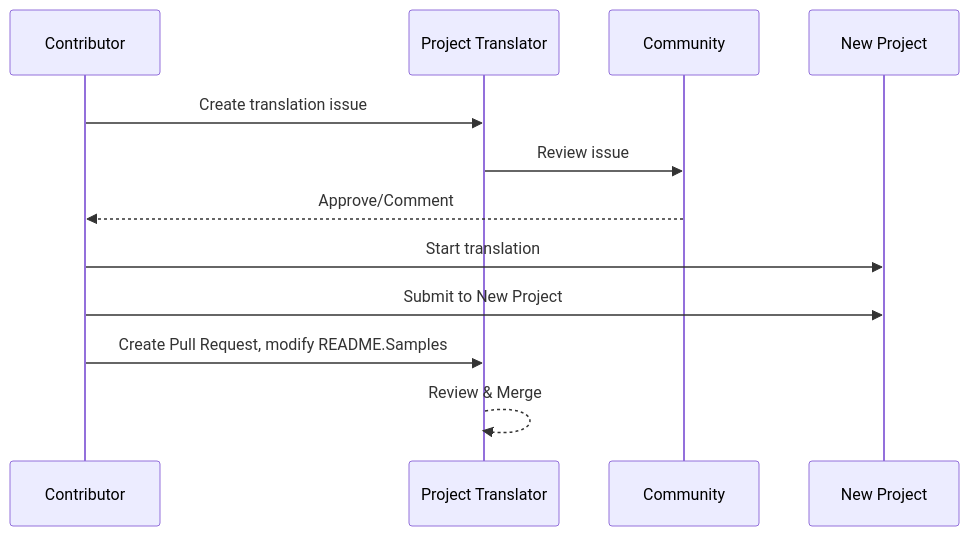
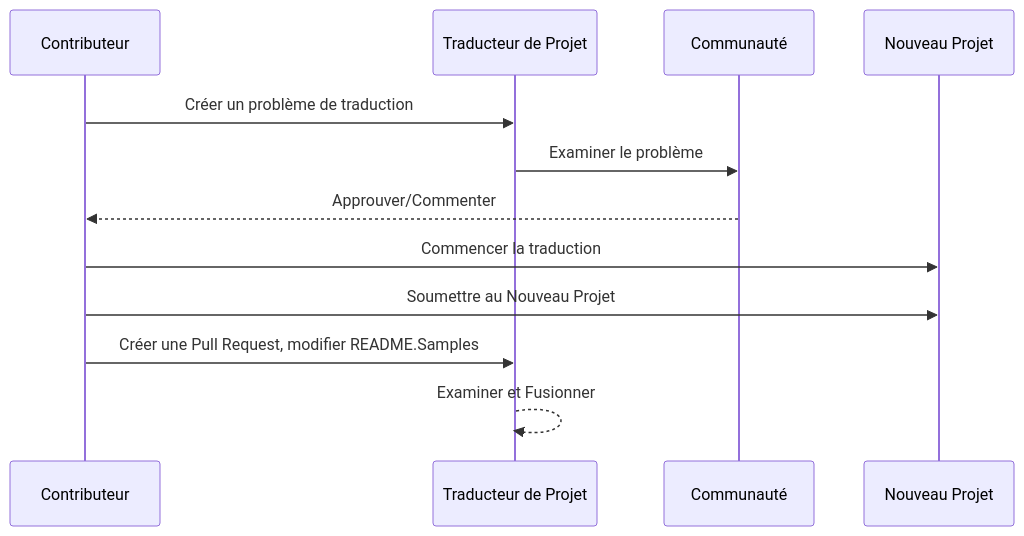
One commit to Project-Translation/project_translator changed the diagram in readmes/README.fr-fr.md. Above: the diagram before and after it, drawn with Mermaid. The commit also changed other lines of this file and 109 other files, not shown here.

````diff
--- a/readmes/README.fr-fr.md
+++ b/readmes/README.fr-fr.md
@@ -51,10 +49,10 @@
 ```mermaid
 sequenceDiagram
-  Contributor->>Project Translator: Create translation issue
-  Project Translator->>Community: Review issue
-  Community-->>Contributor: Approve/Comment
-  Contributor->>New Project: Start translation
-  Contributor->>New Project: Submit to New Project
-  Contributor->>Project Translator: Create Pull Request, modify README.Samples
-  Project Translator-->>Project Translator: Review & Merge
+  Contributeur->>Traducteur de Projet: Créer un problème de traduction
+  Traducteur de Projet->>Communauté: Examiner le problème
+  Communauté-->>Contributeur: Approuver/Commenter
+  Contributeur->>Nouveau Projet: Commencer la traduction
+  Contributeur->>Nouveau Projet: Soumettre au Nouveau Projet
+  Contributeur->>Traducteur de Projet: Créer une Pull Request, modifier README.Samples
+  Traducteur de Projet-->>Traducteur de Projet: Examiner et Fusionner
 ```
````
